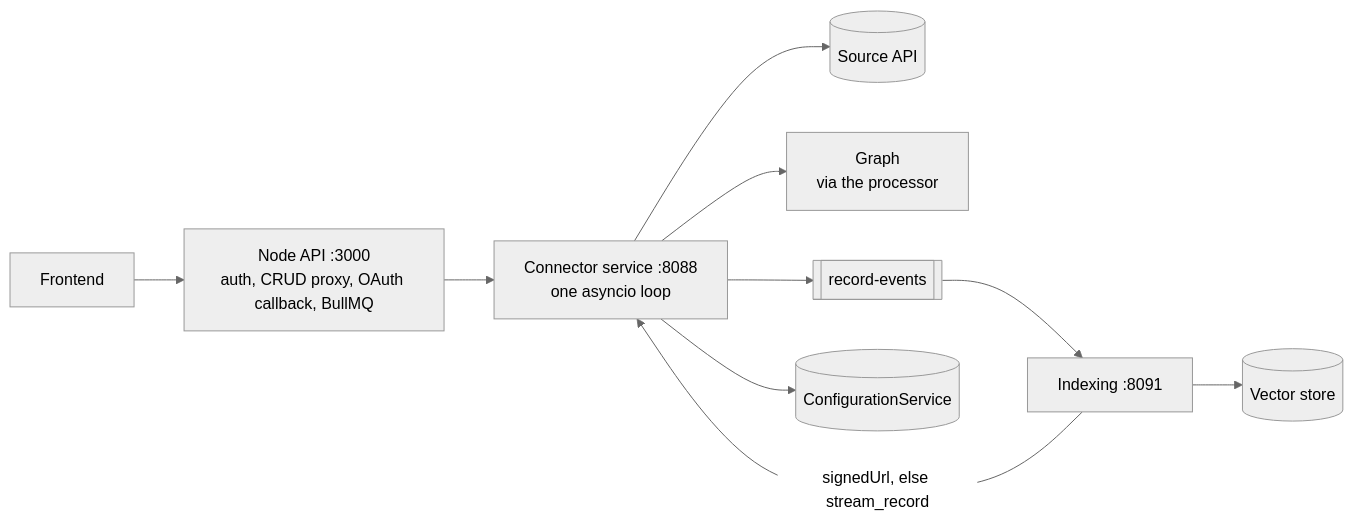
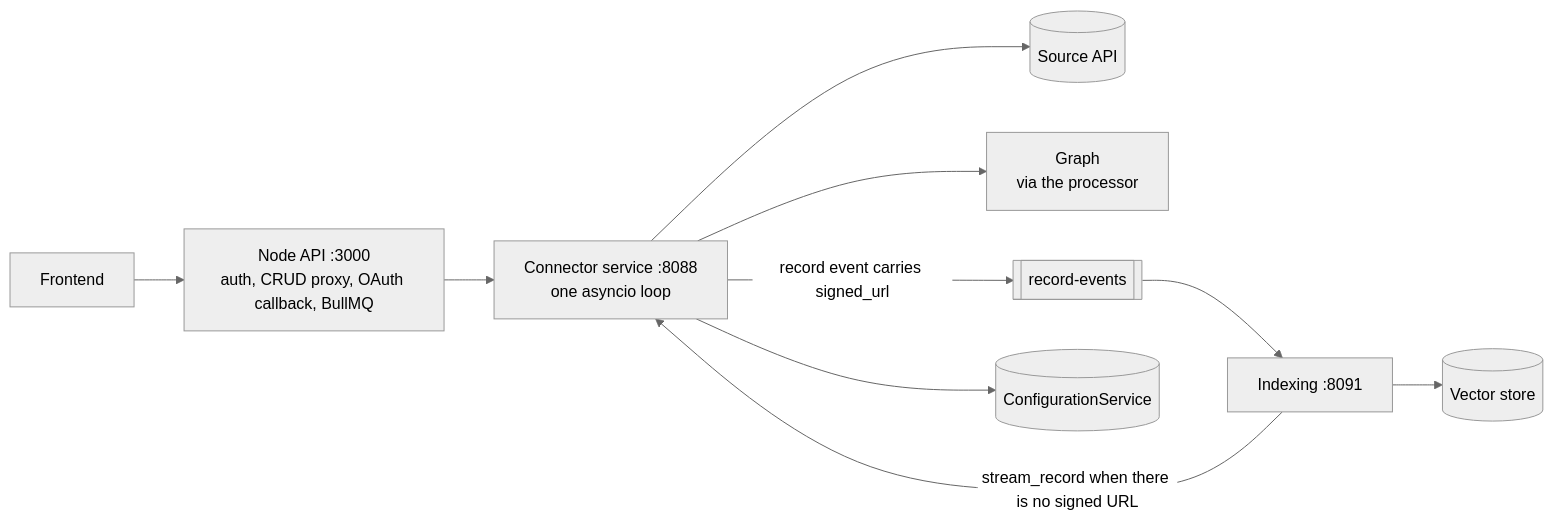
Before and after one commit to pipeshub-ai/pipeshub-ai: the first of 5 diagrams in docs/connectors/01-high-level-design.md, drawn with Mermaid (neutral theme). The commit also changed other lines of this file and 3 other files, not shown here.

````diff
--- a/docs/connectors/01-high-level-design.md
+++ b/docs/connectors/01-high-level-design.md
@@ -15,12 +15,12 @@
 ```mermaid
 flowchart LR
   FE[Frontend] --> N["Node API :3000<br/>auth, CRUD proxy, OAuth callback, BullMQ"]
   N --> C["Connector service :8088<br/>one asyncio loop"]
   C --> S[(Source API)]
   C --> G["Graph<br/>via the processor"]
-  C --> B[[record-events]]
+  C -->|"record event carries signed_url"| B[[record-events]]
   C --> K[(ConfigurationService)]
   B --> I["Indexing :8091"]
-  I -->|"signedUrl, else stream_record"| C
+  I -->|"stream_record when there is no signed URL"| C
   I --> V[(Vector store)]
 ```
````
